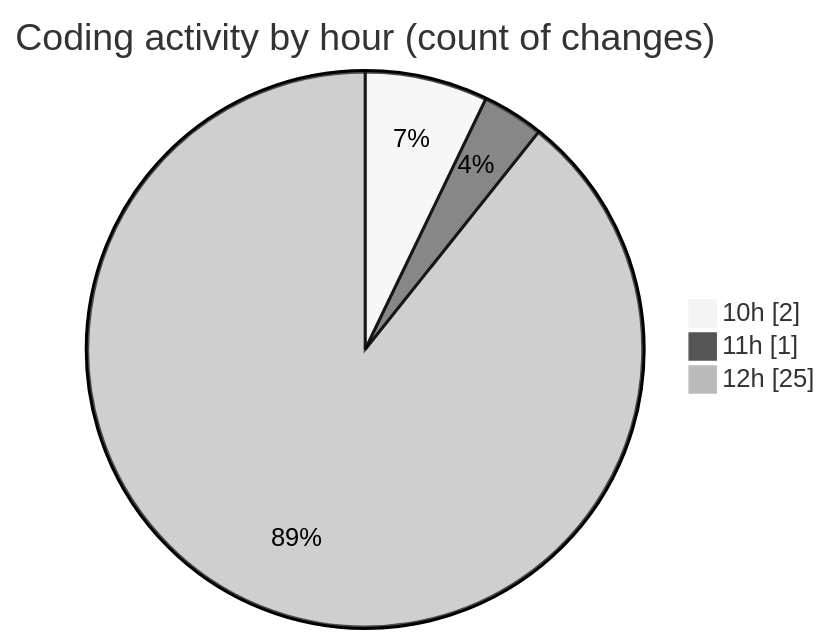
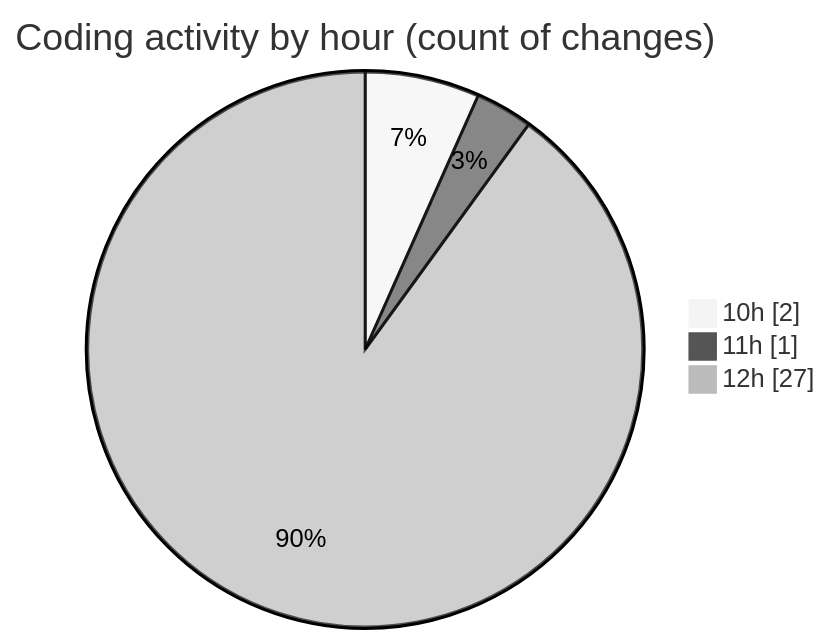
Before and after one commit to nxtqubesakshisongat/code-tracking: the second of 2 diagrams in 2025-08-18/nxtqube_webapp/README.md, drawn with Mermaid (neutral theme). The commit also changed other lines of this file and 1 other file, not shown here.

````diff
--- a/2025-08-18/nxtqube_webapp/README.md
+++ b/2025-08-18/nxtqube_webapp/README.md
@@ -33,7 +33,7 @@
 ```mermaid
 pie showData
 title Coding activity by hour (count of changes)
 "10h" : 2
 "11h" : 1
-"12h" : 25
+"12h" : 27
 ```
````
